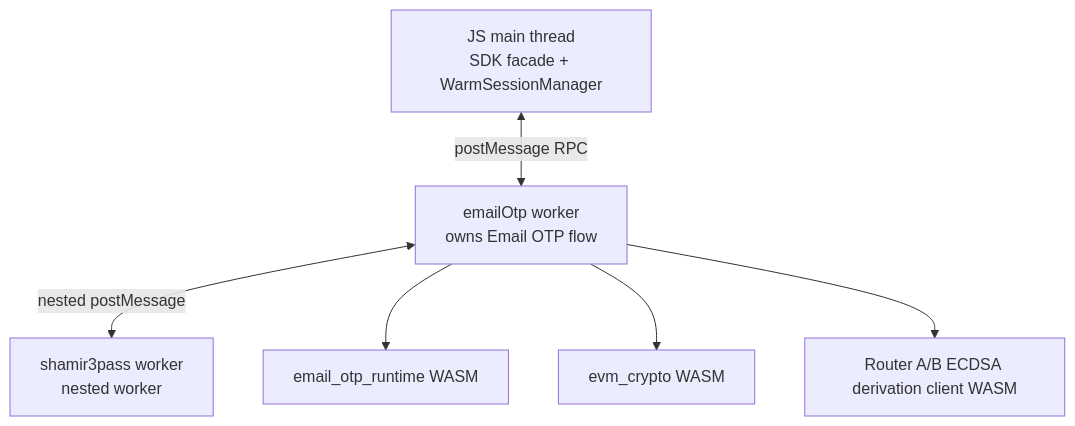
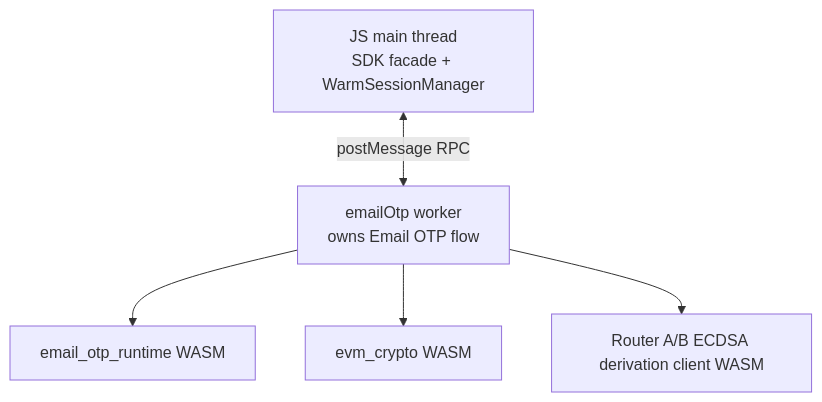
One commit to seams-tech/seams-wallet changed the diagram in docs/otp/email-otp.md. Above: the diagram before and after it, drawn with Mermaid. The commit also changed other lines of this file and 105 other files, not shown here.

````diff
--- a/docs/otp/email-otp.md
+++ b/docs/otp/email-otp.md
@@ -196,15 +196,13 @@
 ```mermaid
 flowchart TD
   Main["JS main thread<br/>SDK facade + WarmSessionManager"]
   EmailWorker["emailOtp worker<br/>owns Email OTP flow"]
-  ShamirWorker["shamir3pass worker<br/>nested worker"]
   OtpWasm["email_otp_runtime WASM"]
   EvmCryptoWasm["evm_crypto WASM"]
   DerivationWasm["Router A/B ECDSA derivation client WASM"]
 
   Main <-->|"postMessage RPC"| EmailWorker
-  EmailWorker <-->|"nested postMessage"| ShamirWorker
   EmailWorker --> OtpWasm
   EmailWorker --> EvmCryptoWasm
   EmailWorker --> DerivationWasm
 ```
````
